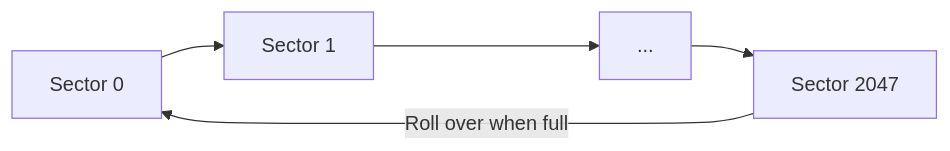
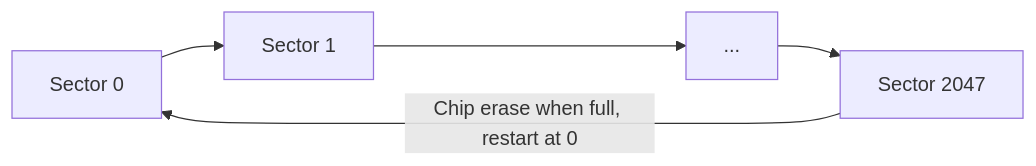
Diagram 23 of 26 in Project/Challenges and Solutions.md (DevaBDM/SLF-EWN), drawn with Mermaid before and after one commit. The commit also changed other lines of this file and 20 other files, not shown here.

````diff
--- a/Project/Challenges and Solutions.md
+++ b/Project/Challenges and Solutions.md
@@ -946,6 +947,6 @@
 ```mermaid
 flowchart LR
   Sector0[Sector 0] --> Sector1[Sector 1] --> SectorDot[...] --> Sector2047[Sector 2047]
-  Sector2047 -->|Roll over when full| Sector0
+  Sector2047 -->|Chip erase when full, restart at 0| Sector0
   classDef active fill:#2c3e50,stroke:#fff,stroke-width:2px,color:#fff;
 ```
````
